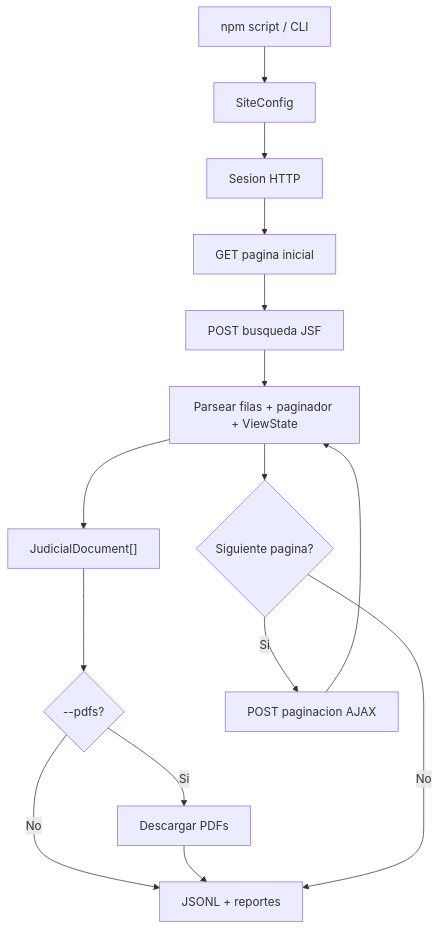
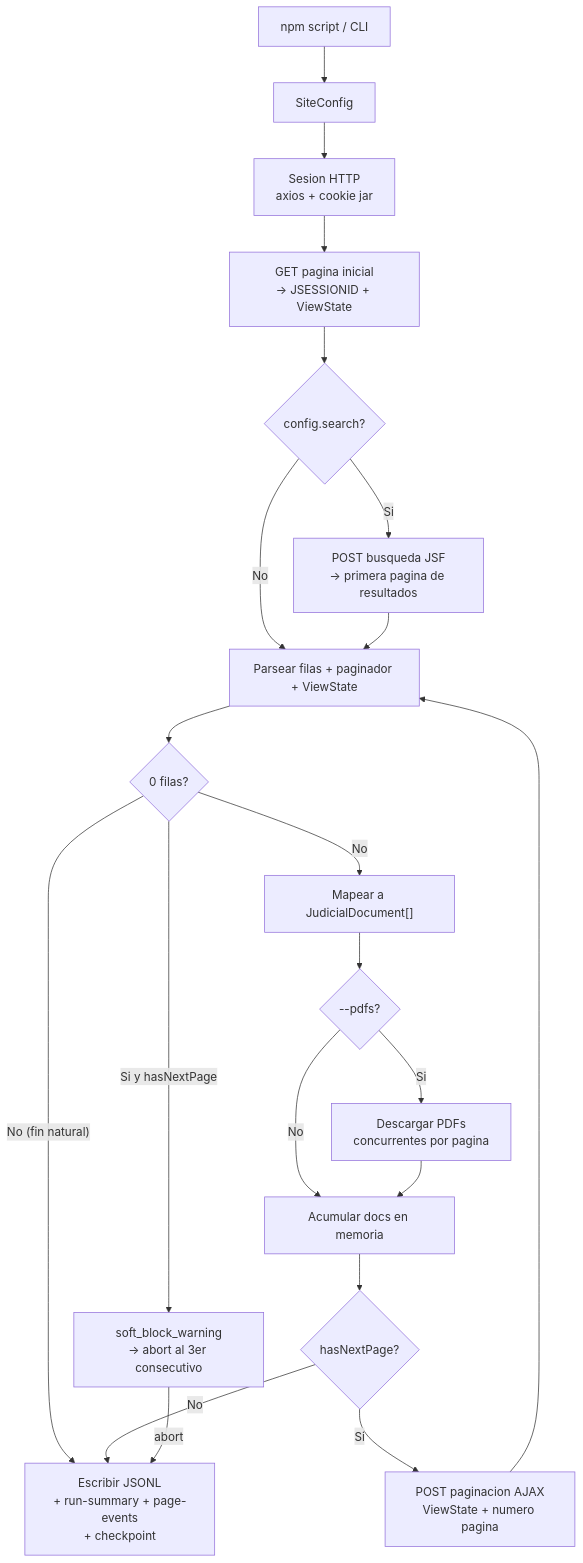
One commit to GatoProgramador-01/pj-peru-scraper changed the diagram in README.md. Above: the diagram before and after it, drawn with Mermaid. The commit also changed other lines of this file, not shown here.

Commit message:
docs(readme): fix flow diagram, artifacts path, and helpers label
Flow diagram corrections:
- Search now shown as conditional (config.search gate)
- JSONL write moved to end-of-loop Output node — it was wrongly shown
  as firing per-page; docs accumulate in memory during the loop
- Added soft-block detection branch (0 rows + hasNextPage → warn/abort)

Artifacts section:
- Remove false claim that all runs use YYYY-MM-DD-HHMM timestamps
- Correct per-script: named scripts use fixed folders, districts use
  timestamps, parallel-sectors uses output/<site>/

Code map helpers:
- Split into 'helpers de calculo' (pure) vs 'deteccion y eventos'
- paginationHelpers.ts noted as making HTTP POSTs (not pure)
- softBlock.ts and pageEvents.ts noted as emitting structured logs

````diff
--- a/README.md
+++ b/README.md
@@ -209,17 +214,24 @@
 ```mermaid
 flowchart TD
     CLI["npm script / CLI"] --> Config["SiteConfig"]
-    Config --> Session["Sesion HTTP"]
-    Session --> Start["GET pagina inicial"]
-    Start --> Search["POST busqueda JSF"]
-    Search --> Page["Parsear filas + paginador + ViewState"]
-    Page --> Docs["JudicialDocument[]"]
-    Docs --> Pdfs{"--pdfs?"}
-    Pdfs -->|Si| Download["Descargar PDFs"]
-    Pdfs -->|No| Output["JSONL + reportes"]
-    Download --> Output
-    Page --> Next{"Siguiente pagina?"}
-    Next -->|Si| PagePost["POST paginacion AJAX"]
-    PagePost --> Page
-    Next -->|No| Output
+    Config --> Session["Sesion HTTP\naxios + cookie jar"]
+    Session --> GET["GET pagina inicial\n→ JSESSIONID + ViewState"]
+    GET --> Search{"config.search?"}
+    Search -->|Si| SearchPOST["POST busqueda JSF\n→ primera pagina de resultados"]
+    Search -->|No| Parse
+    SearchPOST --> Parse["Parsear filas + paginador + ViewState"]
+    Parse --> Empty{"0 filas?"}
+    Empty -->|"Si y hasNextPage"| SoftBlock["soft_block_warning\n→ abort al 3er consecutivo"]
+    Empty -->|"No (fin natural)"| Output
+    Empty -->|No| MapDocs["Mapear a JudicialDocument[]"]
+    MapDocs --> Pdfs{"--pdfs?"}
+    Pdfs -->|Si| Download["Descargar PDFs\nconcurrentes por pagina"]
+    Pdfs -->|No| Collect["Acumular docs en memoria"]
+    Download --> Collect
+    Collect --> HasNext{"hasNextPage?"}
+    HasNext -->|Si| AJAX["POST paginacion AJAX\nViewState + numero pagina"]
+    AJAX --> Parse
+    HasNext -->|No| Output
+    SoftBlock -->|abort| Output
+    Output["Escribir JSONL\n+ run-summary + page-events\n+ checkpoint"]
 ```
````
